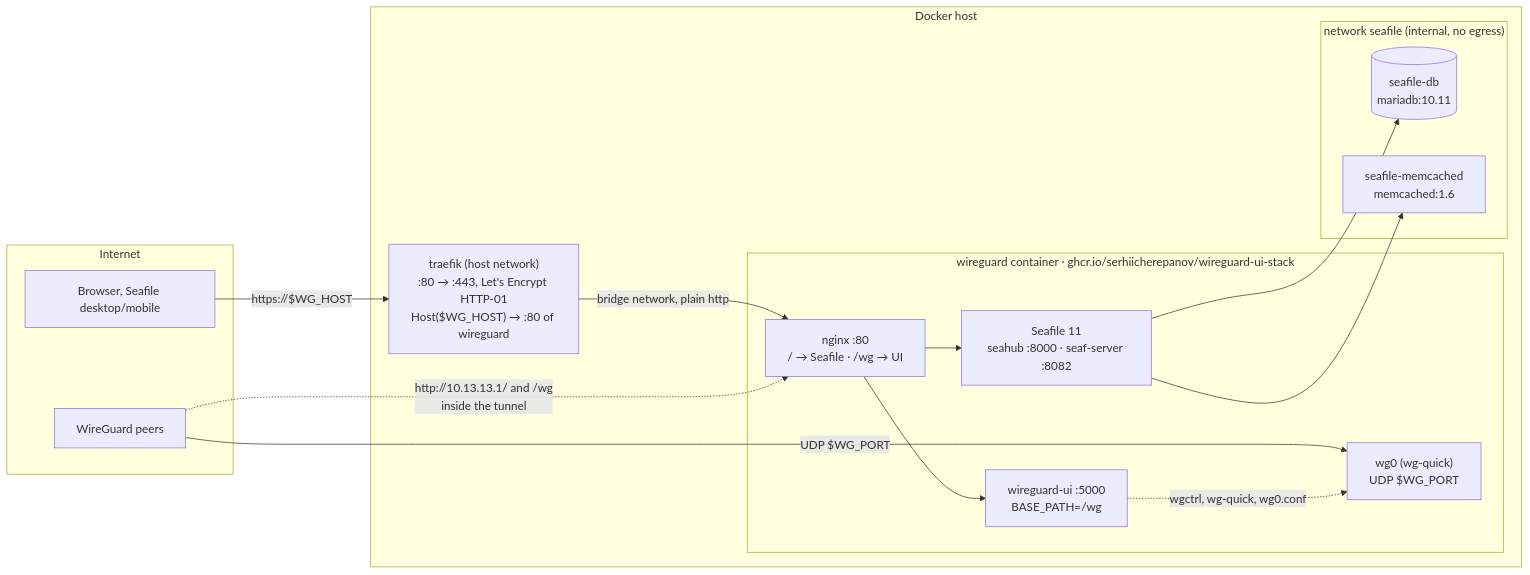
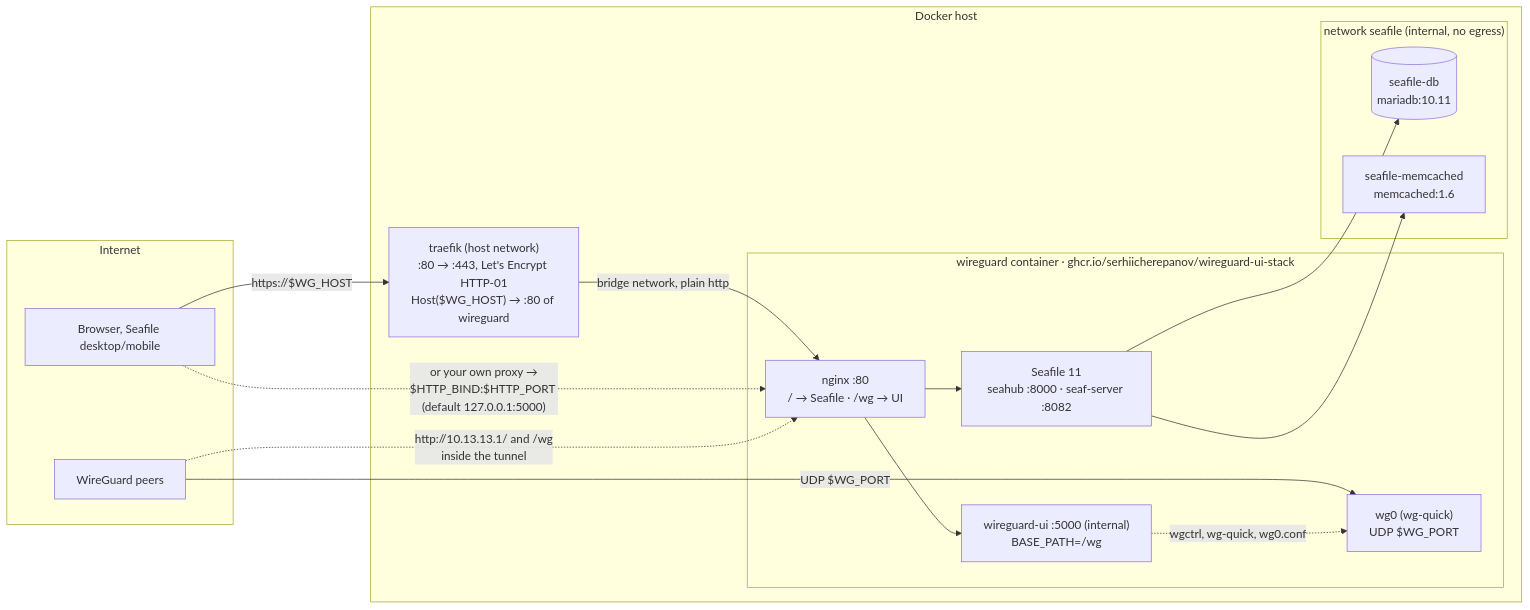
One commit to serhiicherepanov/wireguard-ui-stack changed the diagram in README.md. Above: the diagram before and after it, drawn with Mermaid. The commit also changed other lines of this file and 3 other files, not shown here.

First line of the commit message:
Publish exactly one web port: nginx on HTTP_BIND:HTTP_PORT (default 127.0.0.1:5000)

````diff
--- a/README.md
+++ b/README.md
@@ -25,33 +26,34 @@
 ```mermaid
 flowchart LR
     subgraph outside[Internet]
         browser["Browser, Seafile desktop/mobile"]
         peer["WireGuard peers"]
     end
 
     subgraph host[Docker host]
         traefik["traefik (host network)<br/>:80 → :443, Let's Encrypt HTTP-01<br/>Host($WG_HOST) → :80 of wireguard"]
 
         subgraph wgc["wireguard container · ghcr.io/serhiicherepanov/wireguard-ui-stack"]
             nginx["nginx :80<br/>/ → Seafile · /wg → UI"]
             seafile["Seafile 11<br/>seahub :8000 · seaf-server :8082"]
-            ui["wireguard-ui :5000<br/>BASE_PATH=/wg"]
+            ui["wireguard-ui :5000 (internal)<br/>BASE_PATH=/wg"]
             wg0["wg0 (wg-quick)<br/>UDP $WG_PORT"]
         end
 
         subgraph backend["network seafile (internal, no egress)"]
             db[("seafile-db<br/>mariadb:10.11")]
             memcached["seafile-memcached<br/>memcached:1.6"]
         end
     end
 
     browser -- "https://$WG_HOST" --> traefik
     traefik -- "bridge network, plain http" --> nginx
+    browser -. "or your own proxy →<br/>$HTTP_BIND:$HTTP_PORT (default 127.0.0.1:5000)" .-> nginx
     nginx --> seafile
     nginx --> ui
     peer -- "UDP $WG_PORT" --> wg0
     peer -. "http://10.13.13.1/ and /wg<br/>inside the tunnel" .-> nginx
     seafile --> db
     seafile --> memcached
     ui -. "wgctrl, wg-quick, wg0.conf" .-> wg0
 ```
````
